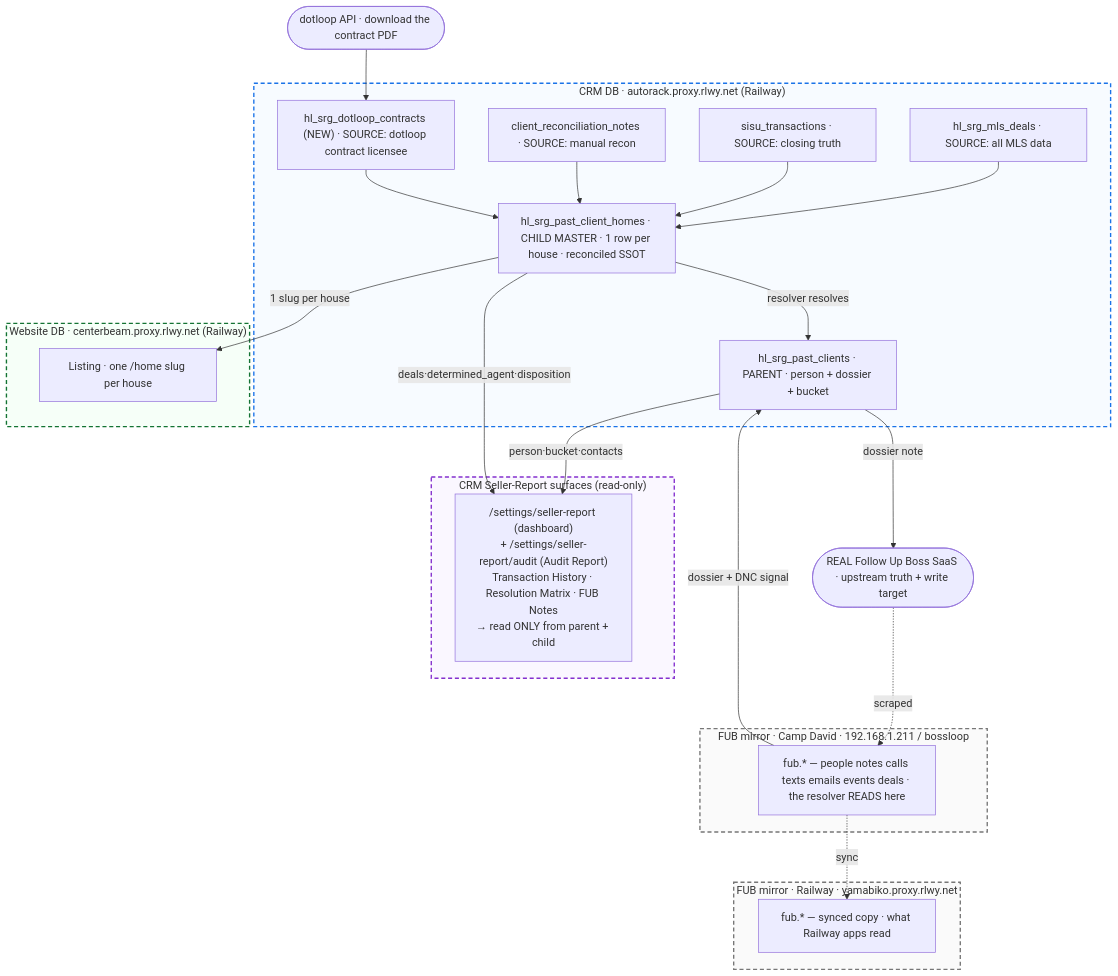
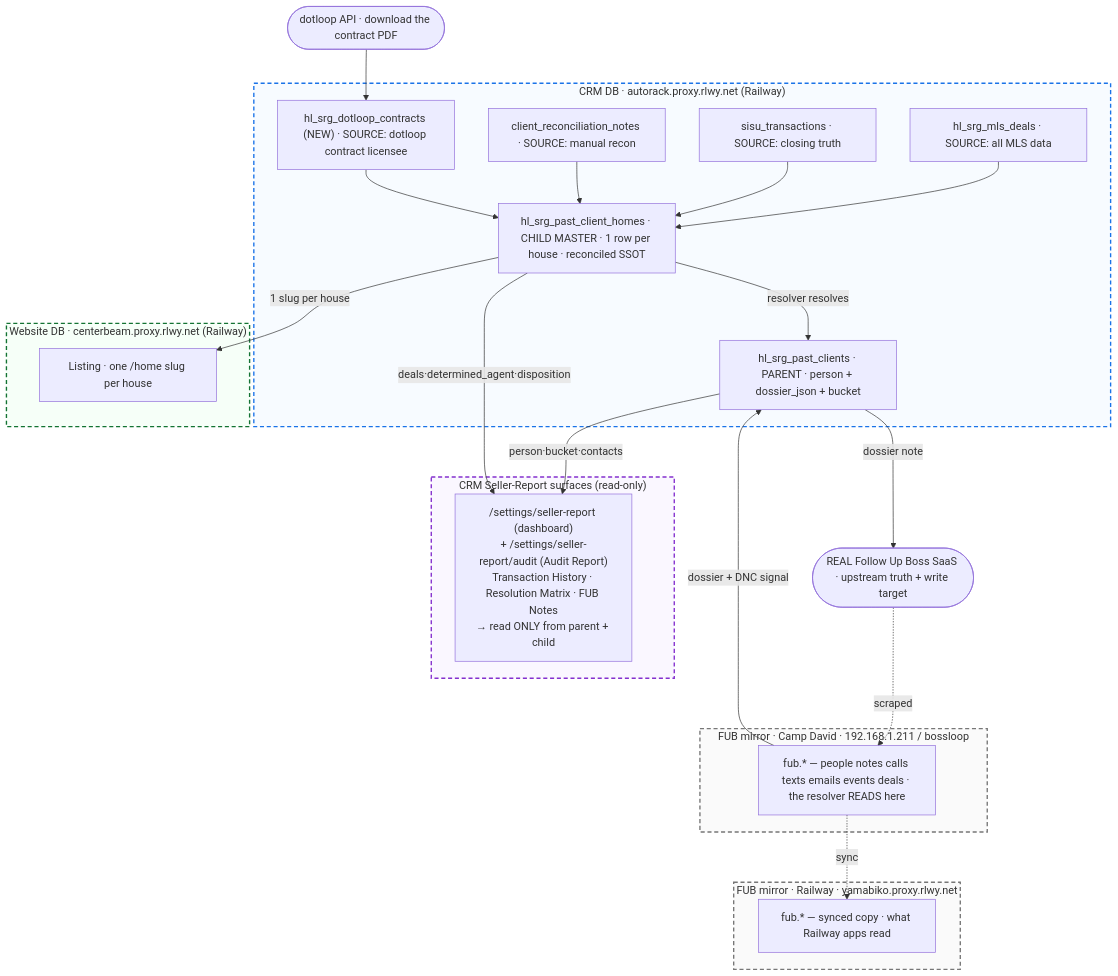
One commit to spradlz/docs changed the diagram in guides/past-client-data-pipeline.mdx. Above: the diagram before and after it, drawn with Mermaid. The commit also changed other lines of this file, not shown here.

First line of the commit message:
Past-client docs: one-way two-zone resolver rebuild + URL reconciliation (2074/2077 homes → /home/<slug>/<HLID>) + HLID (Zach 2026-06-28)

````diff
--- a/guides/past-client-data-pipeline.mdx
+++ b/guides/past-client-data-pipeline.mdx
@@ -25,51 +26,51 @@
 ```mermaid
 flowchart TB
   DLAPI(["dotloop API · download the contract PDF"])
 
   subgraph CRM["CRM DB · autorack.proxy.rlwy.net (Railway)"]
     MLS["hl_srg_mls_deals · SOURCE: all MLS data"]
     SISU["sisu_transactions · SOURCE: closing truth"]
     RECON["client_reconciliation_notes · SOURCE: manual recon"]
     DLC["hl_srg_dotloop_contracts (NEW) · SOURCE: dotloop contract licensee"]
     CHILD["hl_srg_past_client_homes · CHILD MASTER · 1 row per house · reconciled SSOT"]
-    PARENT["hl_srg_past_clients · PARENT · person + dossier + bucket"]
+    PARENT["hl_srg_past_clients · PARENT · person + dossier_json + bucket"]
   end
 
   subgraph FUBCD["FUB mirror · Camp David · 192.168.1.211 / bossloop"]
     FUBCDt["fub.* — people notes calls texts emails events deals · the resolver READS here"]
   end
 
   subgraph FUBRW["FUB mirror · Railway · yamabiko.proxy.rlwy.net"]
     FUBRWt["fub.* — synced copy · what Railway apps read"]
   end
 
   subgraph WEB["Website DB · centerbeam.proxy.rlwy.net (Railway)"]
     LISTING["Listing · one /home slug per house"]
   end
 
   subgraph DASH["CRM Seller-Report surfaces (read-only)"]
     AUDIT["/settings/seller-report (dashboard)\n+ /settings/seller-report/audit (Audit Report)\nTransaction History · Resolution Matrix · FUB Notes\n→ read ONLY from parent + child"]
   end
 
   REALFUB(["REAL Follow Up Boss SaaS · upstream truth + write target"])
 
   DLAPI --> DLC
   MLS --> CHILD
   SISU --> CHILD
   RECON --> CHILD
   DLC --> CHILD
   CHILD -->|resolver resolves| PARENT
   FUBCDt -->|dossier + DNC signal| PARENT
   PARENT -->|dossier note| REALFUB
   REALFUB -.scraped.-> FUBCDt
   FUBCDt -.sync.-> FUBRWt
   CHILD -->|1 slug per house| LISTING
   PARENT -->|person·bucket·contacts| AUDIT
   CHILD -->|deals·determined_agent·disposition| AUDIT
 
   style CRM stroke:#1a73e8,stroke-width:2px,stroke-dasharray:6 4,fill:#f7fbff
   style FUBCD stroke:#777,stroke-width:2px,stroke-dasharray:6 4,fill:#fafafa
   style FUBRW stroke:#777,stroke-width:2px,stroke-dasharray:6 4,fill:#fafafa
   style DASH stroke:#8430ce,stroke-width:2px,stroke-dasharray:6 4,fill:#faf7ff
   style WEB stroke:#137333,stroke-width:2px,stroke-dasharray:6 4,fill:#f6fff8
 ```
````
